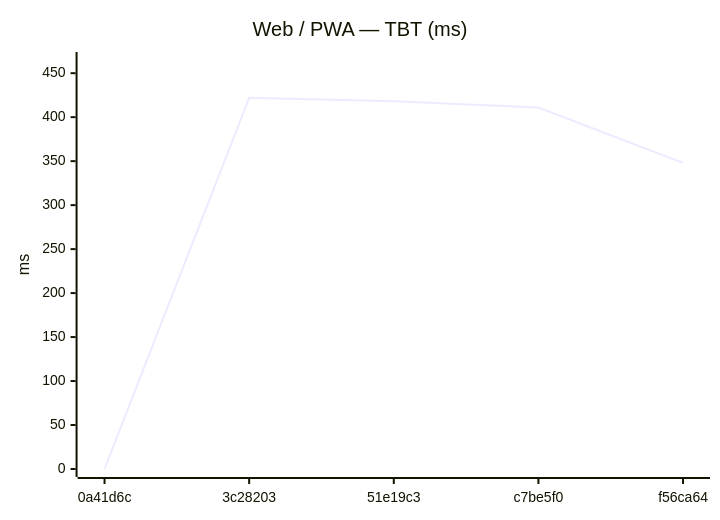
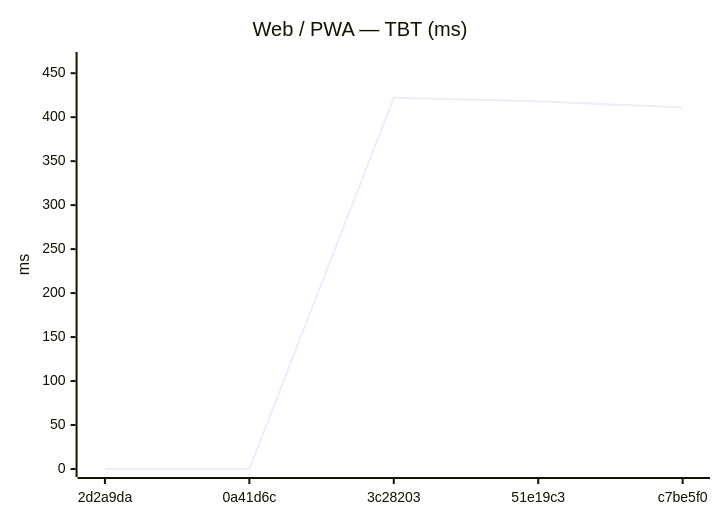
One commit to Metaheurist/Rianell changed the eighth of 18 diagrams in benchmarks/compare.md. Above: the diagram before and after it, drawn with Mermaid. The commit also changed other lines of this file and 11 other files, not shown here.

````diff
--- a/benchmarks/compare.md
+++ b/benchmarks/compare.md
@@ -124,7 +124,7 @@
 ```mermaid
 xychart-beta
     title "Web / PWA — TBT (ms)"
-    x-axis ["0a41d6c", "3c28203", "51e19c3", "c7be5f0", "f56ca64"]
+    x-axis ["2d2a9da", "0a41d6c", "3c28203", "51e19c3", "c7be5f0"]
     y-axis "ms" 0 --> 465
-    line [0, 422, 418, 411, 348]
+    line [0, 0, 422, 418, 411]
 ```
````
